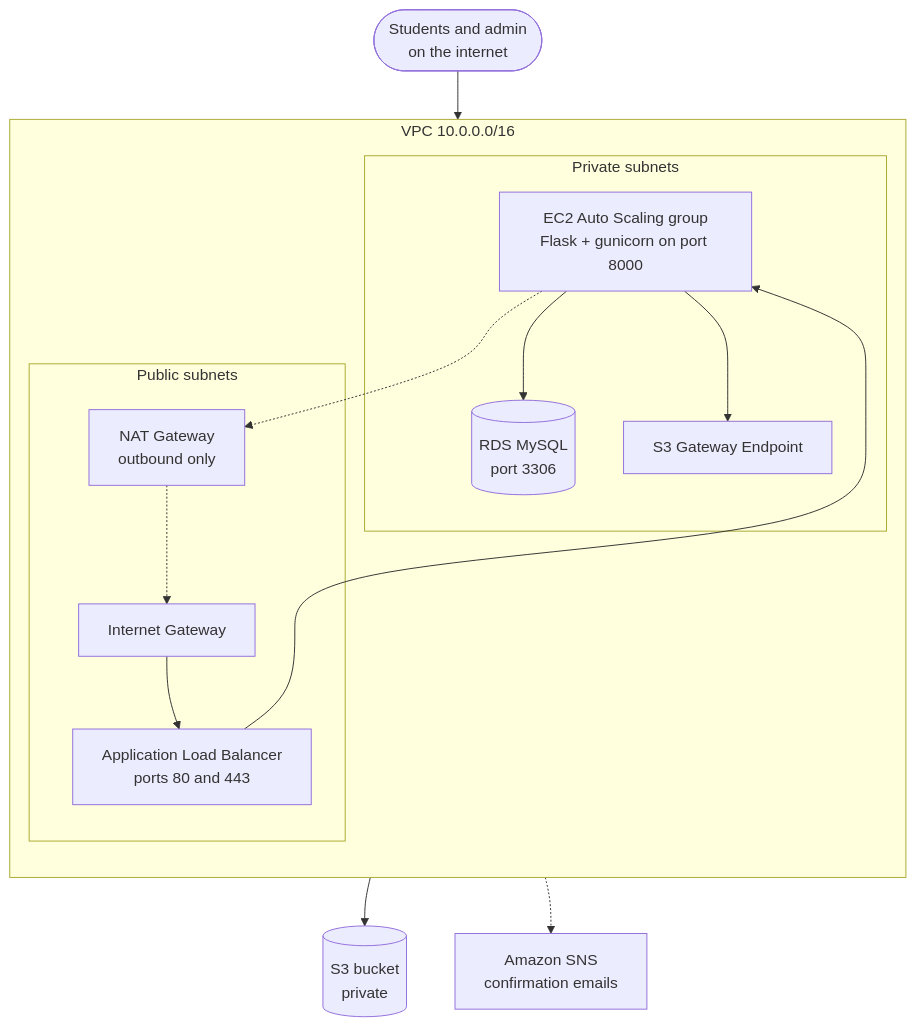
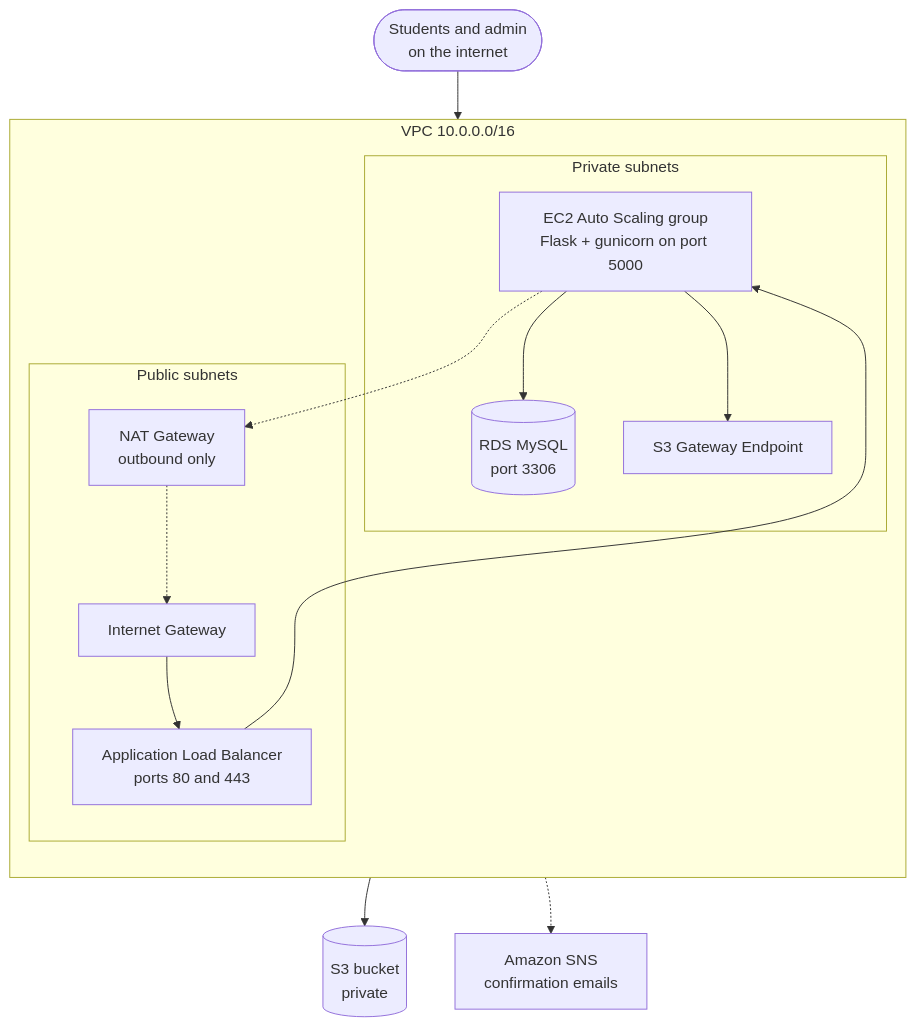
The diagram in student_management_system/README.md (akash-skyhighdev/student_management), drawn with Mermaid before and after one commit. The commit also changed other lines of this file, not shown here.

Commit message:
Update EC2 port from 8000 to 5000 in README

````diff
--- a/student_management_system/README.md
+++ b/student_management_system/README.md
@@ -16,31 +15,31 @@
 ```mermaid
 flowchart TB
     users(["Students and admin<br/>on the internet"])
 
     subgraph VPC["VPC 10.0.0.0/16"]
         direction TB
         subgraph PUBLIC["Public subnets"]
             igw["Internet Gateway"]
             alb["Application Load Balancer<br/>ports 80 and 443"]
             nat["NAT Gateway<br/>outbound only"]
         end
         subgraph PRIVATE["Private subnets"]
-            ec2["EC2 Auto Scaling group<br/>Flask + gunicorn on port 8000"]
+            ec2["EC2 Auto Scaling group<br/>Flask + gunicorn on port 5000"]
             rds[("RDS MySQL<br/>port 3306")]
             vpce["S3 Gateway Endpoint"]
         end
     end
 
     s3[("S3 bucket<br/>private")]
     sns["Amazon SNS<br/>confirmation emails"]
 
     users --> igw
     igw --> alb
     alb --> ec2
     ec2 --> rds
     ec2 --> vpce
     vpce --> s3
     ec2 -.-> nat
     nat -.-> igw
     igw -.-> sns
 ```
````
